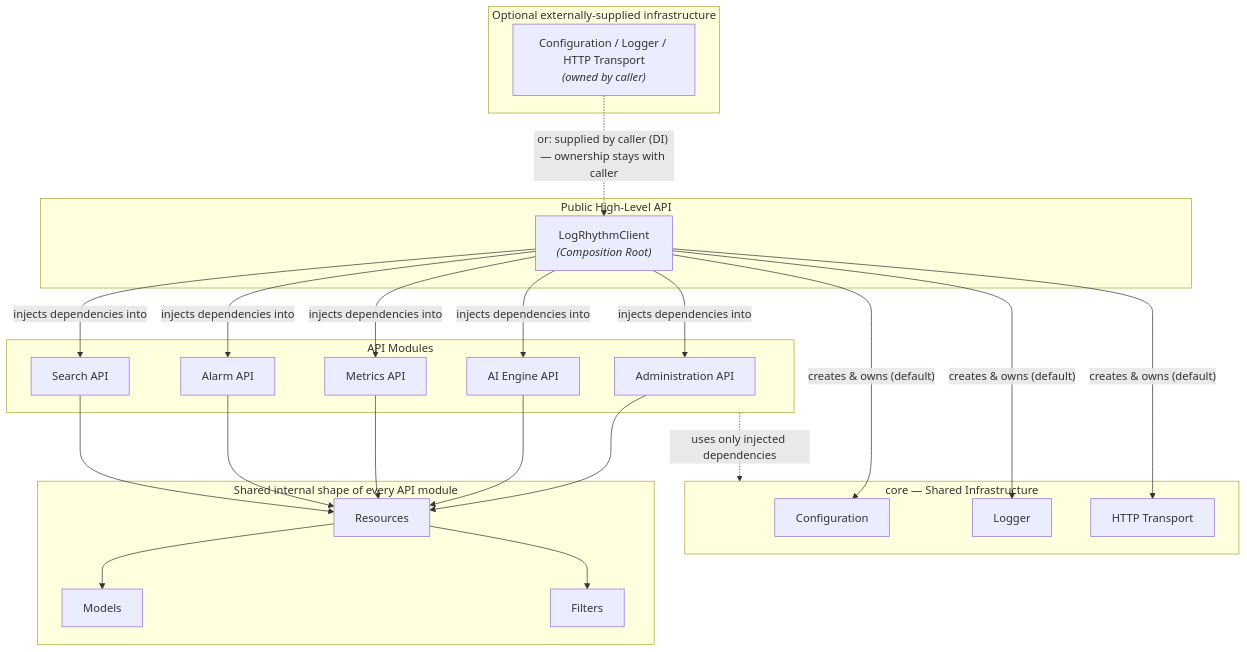
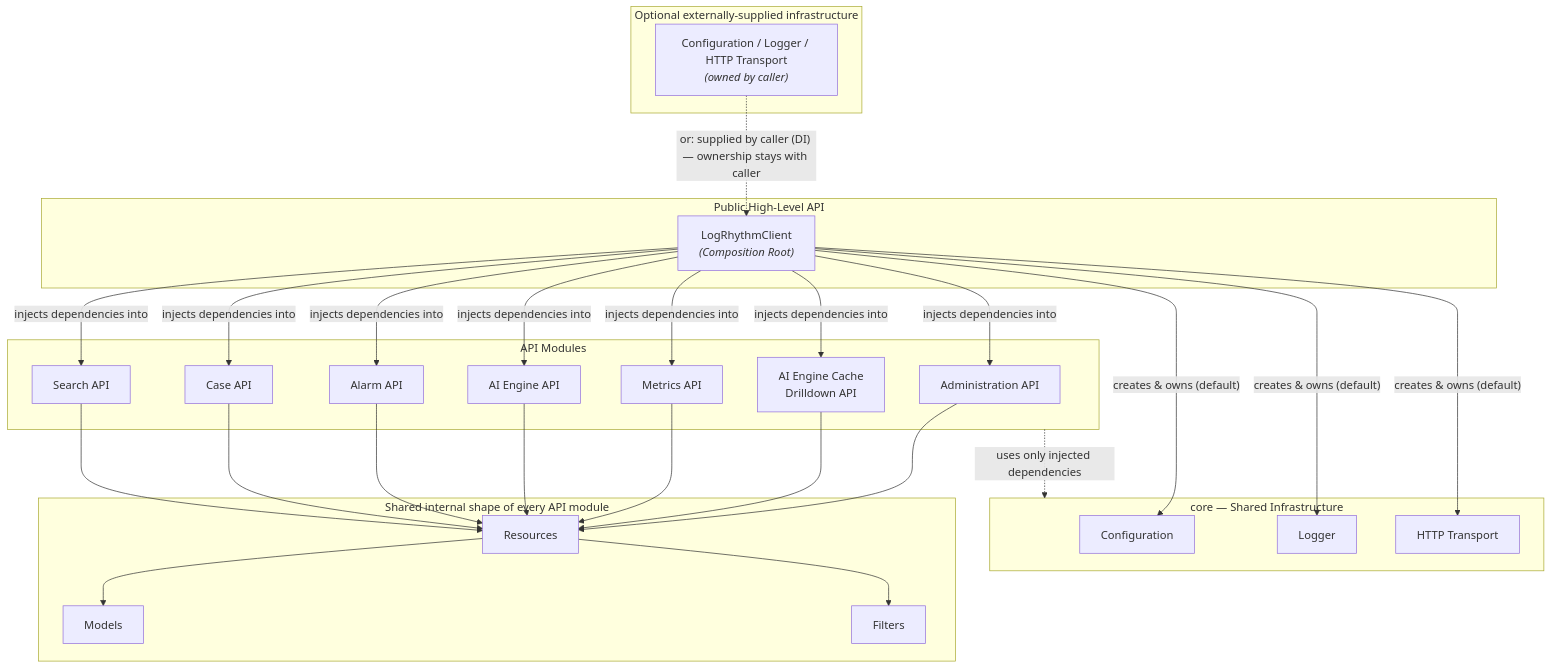
One commit to FilipBruehl/logrhythm-python-sdk changed the diagram in docs/architecture/components.md. Above: the diagram before and after it, drawn with Mermaid. The commit also changed other lines of this file and 7 other files, not shown here.

Commit message:
docs(spec): define api module architecture

````diff
--- a/docs/architecture/components.md
+++ b/docs/architecture/components.md
@@ -20,52 +20,58 @@
 ```mermaid
 flowchart TD
     subgraph PublicAPI["Public High-Level API"]
         Client["LogRhythmClient<br/><i>(Composition Root)</i>"]
     end
 
     subgraph Core["core — Shared Infrastructure"]
         Config["Configuration"]
         Logger["Logger"]
         Transport["HTTP Transport"]
     end
 
     subgraph External["Optional externally-supplied infrastructure"]
         ExternalInfra["Configuration / Logger / HTTP Transport<br/><i>(owned by caller)</i>"]
     end
 
     subgraph APIModules["API Modules"]
         Admin["Administration API"]
+        Drilldown["AI Engine Cache<br/>Drilldown API"]
+        Metrics["Metrics API"]
         AIEngine["AI Engine API"]
-        Metrics["Metrics API"]
         Alarm["Alarm API"]
+        Cases["Case API"]
         Search["Search API"]
     end
 
     subgraph ModuleShape["Shared internal shape of every API module"]
         Resources["Resources"]
         Models["Models"]
         Filters["Filters"]
     end
 
     Client -- "creates & owns (default)" --> Config
     Client -- "creates & owns (default)" --> Logger
     Client -- "creates & owns (default)" --> Transport
 
     ExternalInfra -. "or: supplied by caller (DI) — ownership stays with caller" .-> Client
 
     Client -- "injects dependencies into" --> Admin
+    Client -- "injects dependencies into" --> Drilldown
+    Client -- "injects dependencies into" --> Metrics
     Client -- "injects dependencies into" --> AIEngine
-    Client -- "injects dependencies into" --> Metrics
     Client -- "injects dependencies into" --> Alarm
+    Client -- "injects dependencies into" --> Cases
     Client -- "injects dependencies into" --> Search
 
     APIModules -. "uses only injected dependencies" .-> Core
 
     Admin --> Resources
+    Drilldown --> Resources
+    Metrics --> Resources
     AIEngine --> Resources
-    Metrics --> Resources
     Alarm --> Resources
+    Cases --> Resources
     Search --> Resources
     Resources --> Models
     Resources --> Filters
 ```
````
